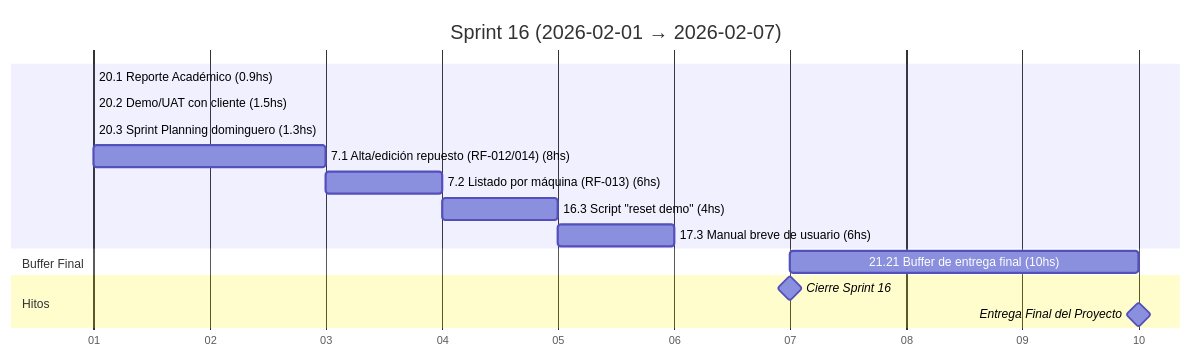
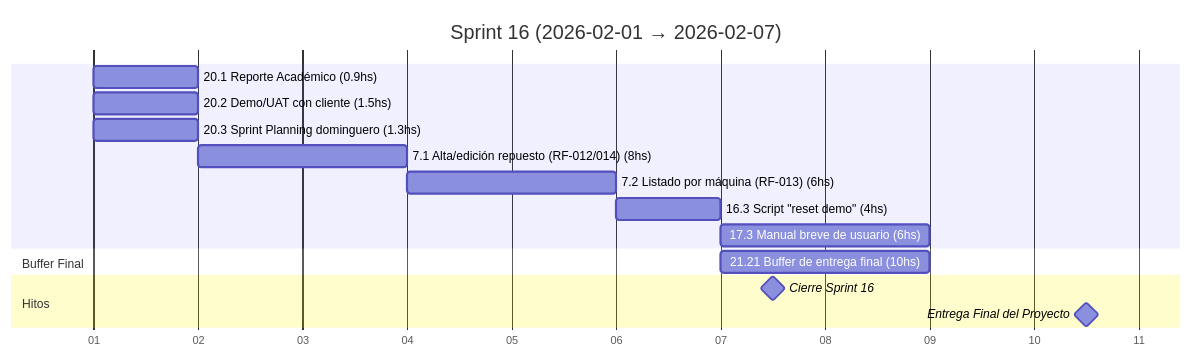
Diagram 17 of 18 in docs/SprintsGantts.md (MarkMed/FleetMan), drawn with Mermaid before and after one commit. The commit also changed other lines of this file, not shown here.

````diff
--- a/docs/SprintsGantts.md
+++ b/docs/SprintsGantts.md
@@ -412,23 +412,23 @@
 ```mermaid
 gantt
   title Sprint 16 (2026-02-01 → 2026-02-07)
   dateFormat  YYYY-MM-DD
   axisFormat  %d
 
   %% Asumimos 5 h/día. Horas estimadas incluidas en el nombre.
 
-  20.1 Reporte Académico (0.9hs)               :t201, 2026-02-01, 0.2d
-  20.2 Demo/UAT con cliente (1.5hs)            :t202, after t201, 0.3d
-  20.3 Sprint Planning dominguero (1.3hs)      :t203, after t202, 0.3d
-  7.1 Alta/edición repuesto (RF-012/014) (8hs) :t71, after t203, 1.6d
-  7.2 Listado por máquina (RF-013) (6hs)       :t72, after t71, 1.2d
-  16.3 Script "reset demo" (4hs)               :t163, after t72, 0.8d
-  17.3 Manual breve de usuario (6hs)           :t173, after t163, 1.2d
+  20.1 Reporte Académico (0.9hs)               :t201, 2026-02-01, 1d
+  20.2 Demo/UAT con cliente (1.5hs)            :t202, 2026-02-01, 1d
+  20.3 Sprint Planning dominguero (1.3hs)      :t203, 2026-02-01, 1d
+  7.1 Alta/edición repuesto (RF-012/014) (8hs) :t71, after t203, 2d
+  7.2 Listado por máquina (RF-013) (6hs)       :t72, after t71, 2d
+  16.3 Script "reset demo" (4hs)               :t163, after t72, 1d
+  17.3 Manual breve de usuario (6hs)           :t173, after t163, 2d
 
   section Buffer Final
-  21.21 Buffer de entrega final (10hs)         :t2121, 2026-02-07, 3d
+  21.21 Buffer de entrega final (10hs)         :t2121, 2026-02-07, 2d
 
   section Hitos
-  Cierre Sprint 16                             :milestone, s16, 2026-02-07, 0d
-  Entrega Final del Proyecto                    :milestone, acadfinal, 2026-02-10, 0d
+  Cierre Sprint 16                             :milestone, s16, 2026-02-07, 1d
+  Entrega Final del Proyecto                    :milestone, acadfinal, 2026-02-10, 1d
 ```
````
